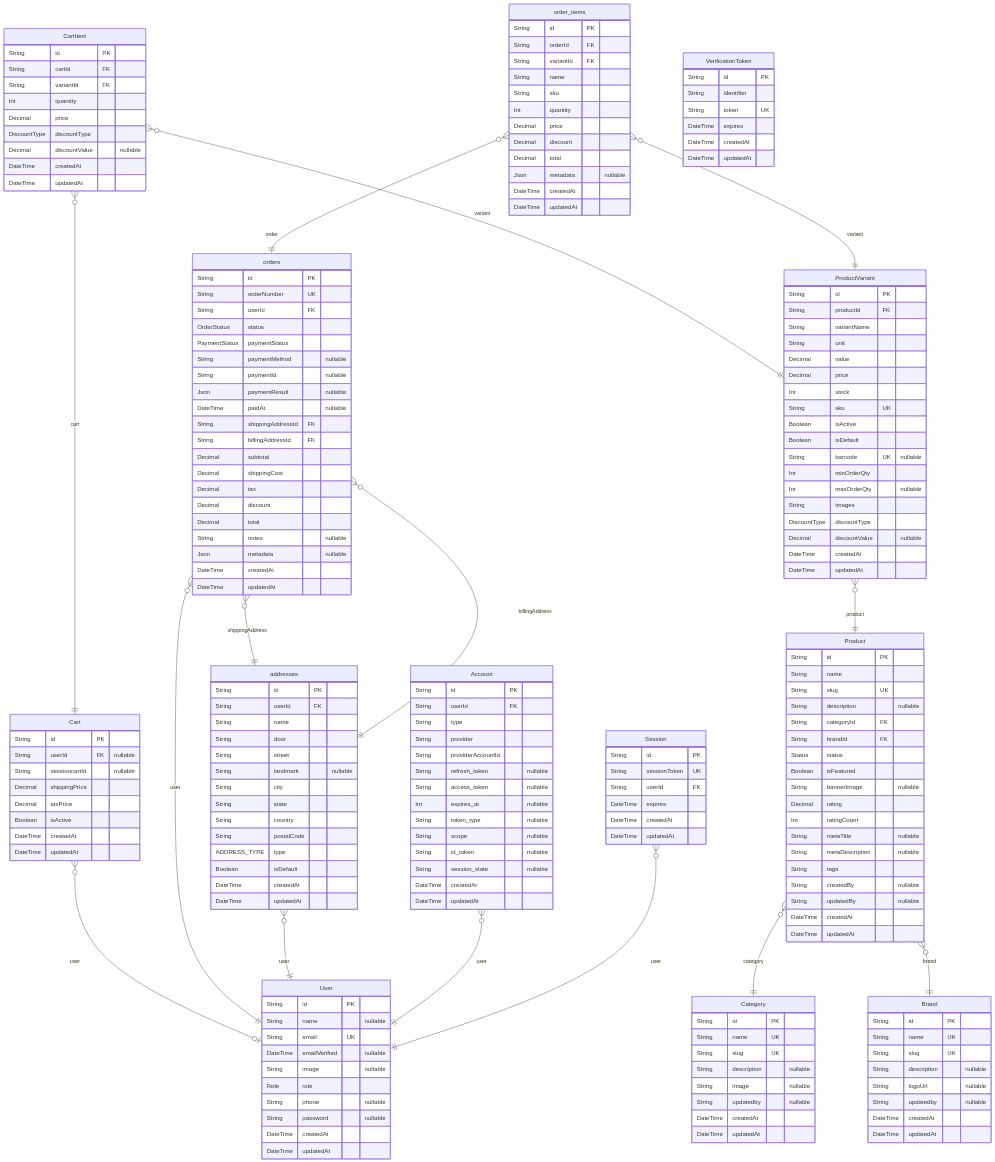
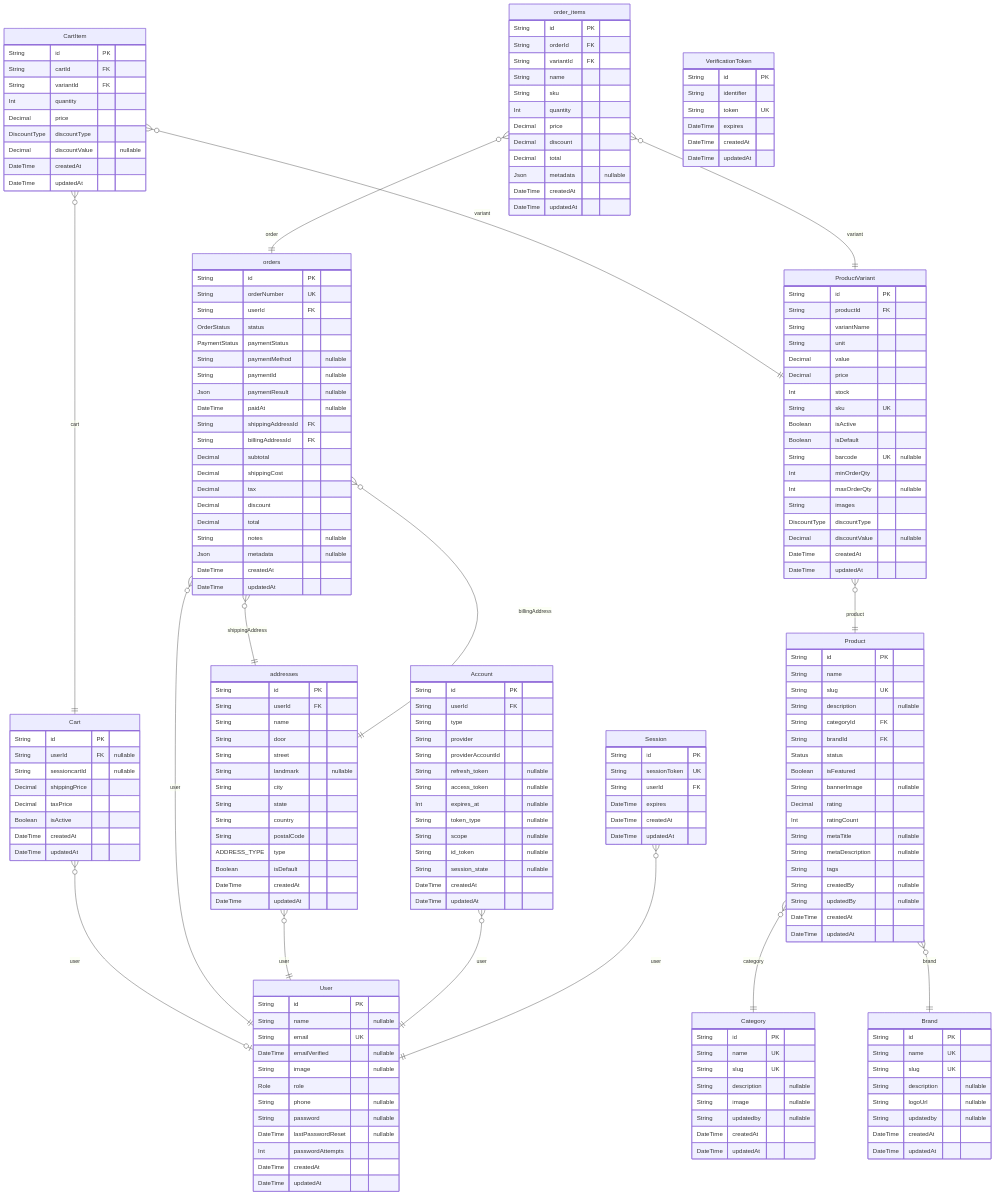
Before and after one commit to jjaijg/ssb-store: the diagram in prisma/ERD.md, drawn with Mermaid. The commit also changed other lines of this file and 13 other files, not shown here.

Commit message:
Added forgot password and reset pawword. updated signin error handling

```diff
--- a/prisma/ERD.md
+++ b/prisma/ERD.md
@@ -148,6 +148,8 @@
   Role role
   String phone "nullable"
   String password "nullable"
+  DateTime lastPasswordReset "nullable"
+  Int passwordAttempts
   DateTime createdAt
   DateTime updatedAt
 }
```
